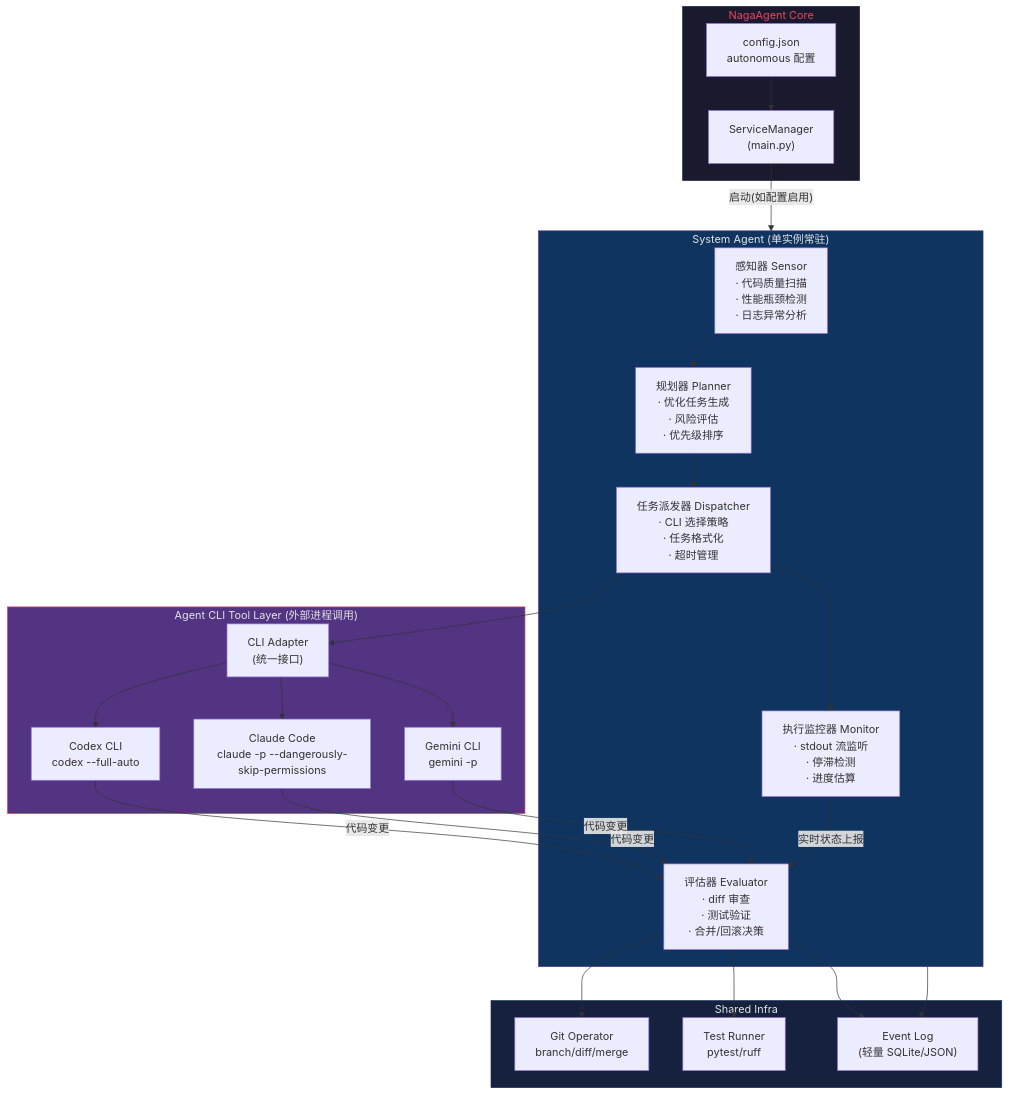
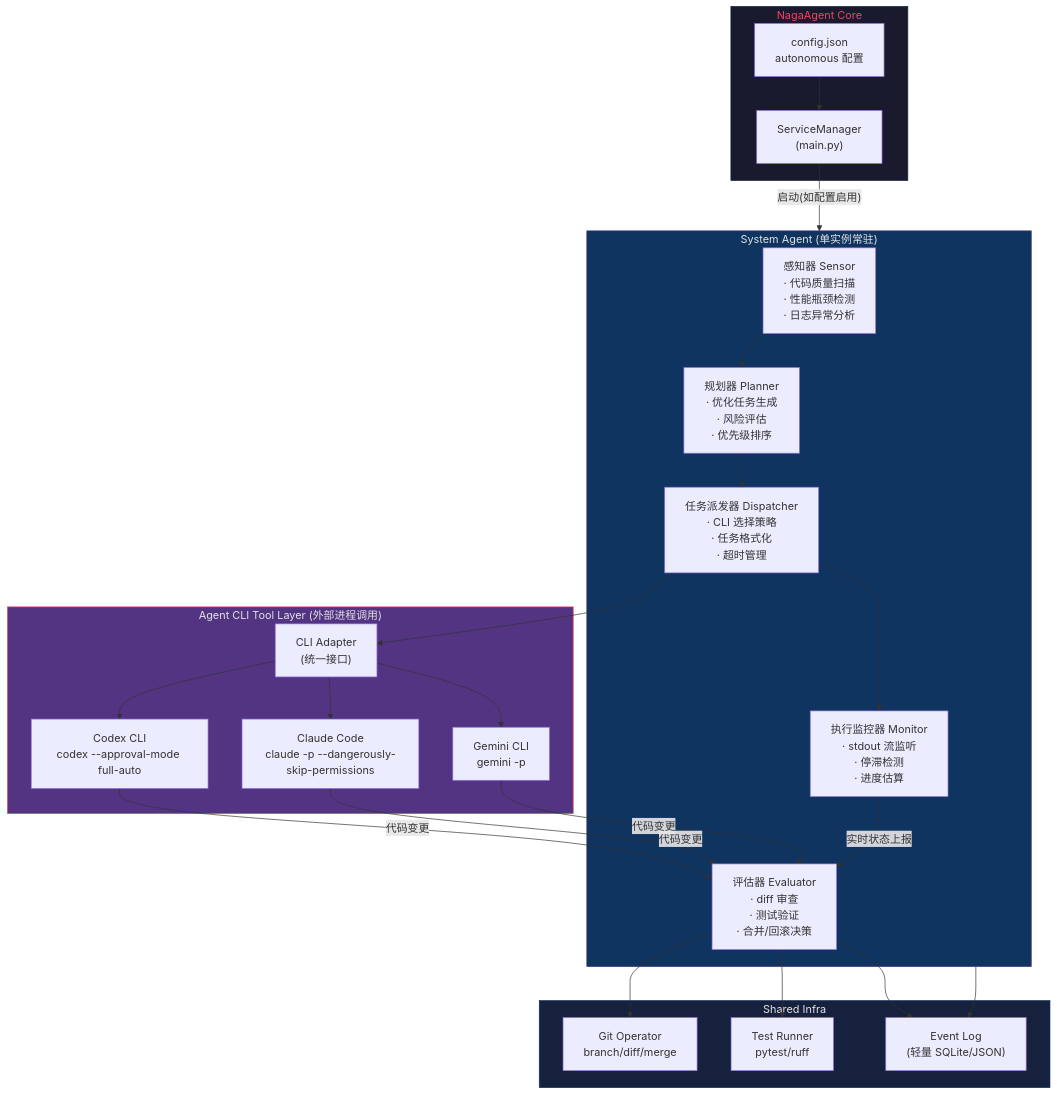
The first of 7 diagrams in doc/00-mvp-architecture-design.md (Yidhar/Embla_System), drawn with Mermaid before and after one commit. The commit also changed other lines of this file and 13 other files, not shown here.

Commit message:
docs: refresh architecture specs and security blindspot baseline

````diff
--- a/doc/00-mvp-architecture-design.md
+++ b/doc/00-mvp-architecture-design.md
@@ -44,55 +45,55 @@
 ```mermaid
 flowchart TB
     subgraph Core["NagaAgent Core"]
         SM["ServiceManager<br/>(main.py)"]
         Config["config.json<br/>autonomous 配置"]
     end
 
     subgraph SA["System Agent (单实例常驻)"]
         Sensor["感知器 Sensor<br/>· 代码质量扫描<br/>· 性能瓶颈检测<br/>· 日志异常分析"]
         Planner["规划器 Planner<br/>· 优化任务生成<br/>· 风险评估<br/>· 优先级排序"]
         Dispatcher["任务派发器 Dispatcher<br/>· CLI 选择策略<br/>· 任务格式化<br/>· 超时管理"]
         Monitor["执行监控器 Monitor<br/>· stdout 流监听<br/>· 停滞检测<br/>· 进度估算"]
         Evaluator["评估器 Evaluator<br/>· diff 审查<br/>· 测试验证<br/>· 合并/回滚决策"]
     end
 
     subgraph CLI["Agent CLI Tool Layer (外部进程调用)"]
         Adapter["CLI Adapter<br/>(统一接口)"]
-        Codex["Codex CLI<br/>codex --full-auto"]
+        Codex["Codex CLI<br/>codex --approval-mode full-auto"]
         Claude["Claude Code<br/>claude -p --dangerously-skip-permissions"]
         Gemini["Gemini CLI<br/>gemini -p"]
     end
 
     subgraph Tools["Shared Infra"]
         Git["Git Operator<br/>branch/diff/merge"]
         TestRunner["Test Runner<br/>pytest/ruff"]
         EventLog["Event Log<br/>(轻量 SQLite/JSON)"]
     end
 
     SM -->|"启动(如配置启用)"| SA
     Config --> SM
 
     Sensor --> Planner
     Planner --> Dispatcher
     Dispatcher --> Adapter
     Adapter --> Codex
     Adapter --> Claude
     Adapter --> Gemini
     Dispatcher --> Monitor
     Monitor -->|"实时状态上报"| Evaluator
 
     Codex -->|"代码变更"| Evaluator
     Claude -->|"代码变更"| Evaluator
     Gemini -->|"代码变更"| Evaluator
 
     Evaluator --> Git
     Evaluator --> TestRunner
     Evaluator --> EventLog
 
     SA --> EventLog
 
     style Core fill:#1a1a2e,stroke:#16213e,color:#e94560
     style SA fill:#0f3460,stroke:#533483,color:#e2e2e2
     style CLI fill:#533483,stroke:#e94560,color:#e2e2e2
     style Tools fill:#16213e,stroke:#0f3460,color:#e2e2e2
 ```
````
